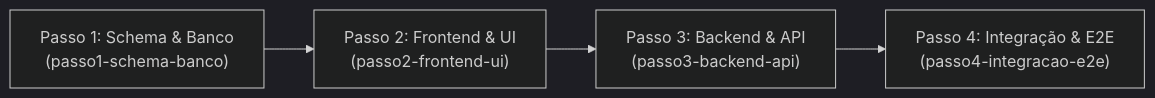
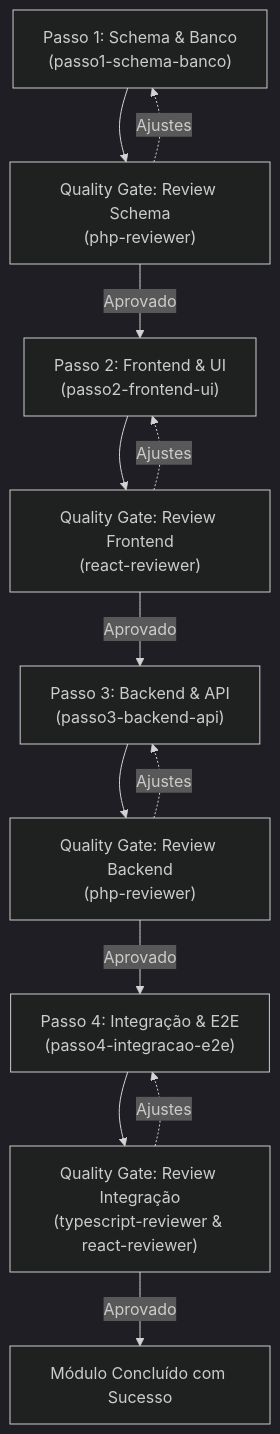
The diagram in CONTEXT.md (JonathanCirqueira/capy_estoque), drawn with Mermaid (dark theme) before and after one commit. The commit also changed other lines of this file and 10 other files, not shown here.

Commit message:
feat(agents): adicionar quality gates de code review no fluxo do context

````diff
--- a/CONTEXT.md
+++ b/CONTEXT.md
@@ -21,6 +25,15 @@
 ```mermaid
-flowchart LR
-    A["Passo 1: Schema & Banco<br/>(passo1-schema-banco)"] --> B["Passo 2: Frontend & UI<br/>(passo2-frontend-ui)"]
-    B --> C["Passo 3: Backend & API<br/>(passo3-backend-api)"]
-    C --> D["Passo 4: Integração & E2E<br/>(passo4-integracao-e2e)"]
+flowchart TD
+    A["Passo 1: Schema & Banco<br/>(passo1-schema-banco)"] --> R1["Quality Gate: Review Schema<br/>(php-reviewer)"]
+    R1 -->|Aprovado| B["Passo 2: Frontend & UI<br/>(passo2-frontend-ui)"]
+    R1 -.->|Ajustes| A
+    B --> R2["Quality Gate: Review Frontend<br/>(react-reviewer)"]
+    R2 -->|Aprovado| C["Passo 3: Backend & API<br/>(passo3-backend-api)"]
+    R2 -.->|Ajustes| B
+    C --> R3["Quality Gate: Review Backend<br/>(php-reviewer)"]
+    R3 -->|Aprovado| D["Passo 4: Integração & E2E<br/>(passo4-integracao-e2e)"]
+    R3 -.->|Ajustes| C
+    D --> R4["Quality Gate: Review Integração<br/>(typescript-reviewer & react-reviewer)"]
+    R4 -->|Aprovado| E["Módulo Concluído com Sucesso"]
+    R4 -.->|Ajustes| D
 ```
````
